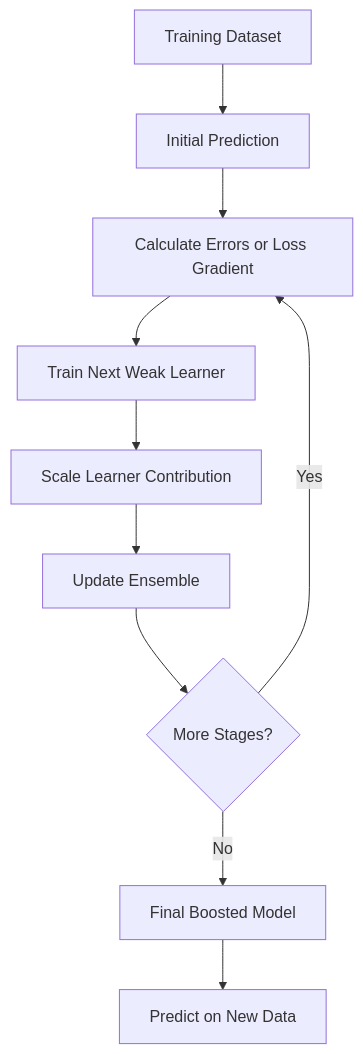
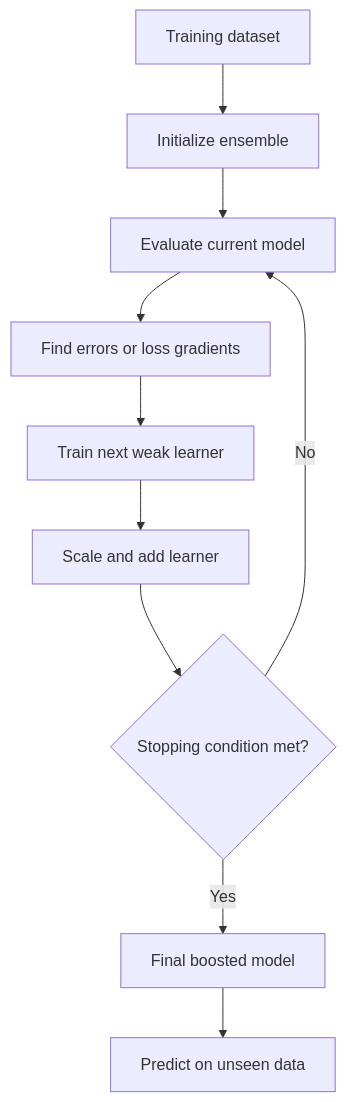
Before and after one commit to swapnil3104/Machine-Learning-Journey: the first of 5 diagrams in 23_Ensemble Techniques/Boosting/README.md, drawn with Mermaid. The commit also changed other lines of this file and 2 other files, not shown here.

````diff
--- a/23_Ensemble Techniques/Boosting/README.md
+++ b/23_Ensemble Techniques/Boosting/README.md
@@ -716,12 +227,12 @@
-```mermaid
+``` mermaid
 flowchart TD
-    A[Training Dataset] --> B[Initial Prediction]
-    B --> C[Calculate Errors or Loss Gradient]
-    C --> D[Train Next Weak Learner]
-    D --> E[Scale Learner Contribution]
-    E --> F[Update Ensemble]
-    F --> G{More Stages?}
-    G -- Yes --> C
-    G -- No --> H[Final Boosted Model]
-    H --> I[Predict on New Data]
+    A[Training dataset] --> B[Initialize ensemble]
+    B --> C[Evaluate current model]
+    C --> D[Find errors or loss gradients]
+    D --> E[Train next weak learner]
+    E --> F[Scale and add learner]
+    F --> G{Stopping condition met?}
+    G -- No --> C
+    G -- Yes --> H[Final boosted model]
+    H --> I[Predict on unseen data]
 ```
````
